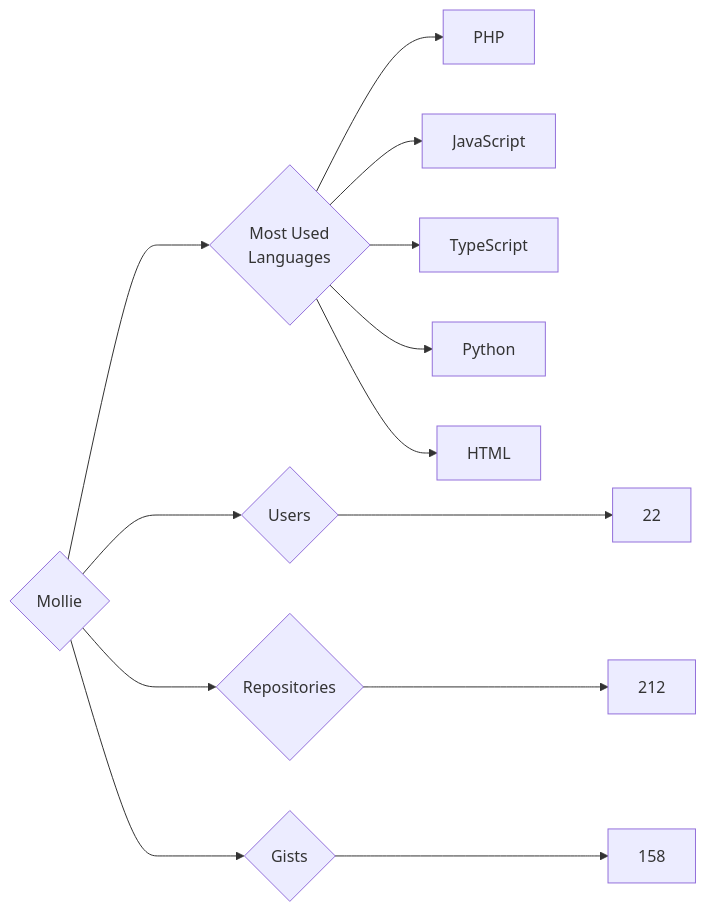
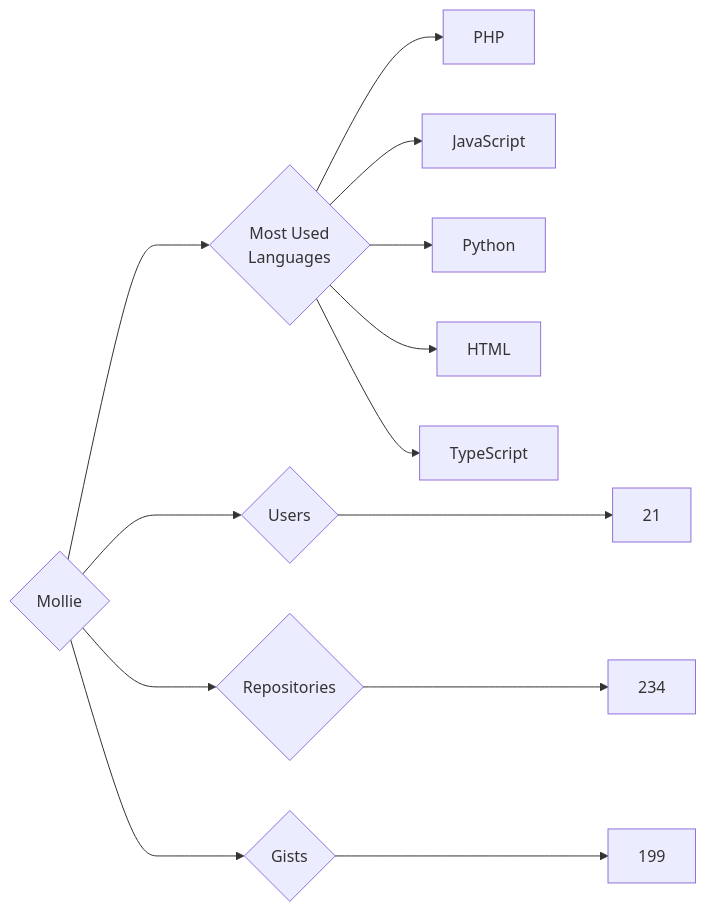
The diagram in targets/Mollie/README.md (trickest/insiders), drawn with Mermaid before and after one commit. The commit also changed 973 other files, not shown here.

````diff
--- a/targets/Mollie/README.md
+++ b/targets/Mollie/README.md
@@ -3,13 +3,13 @@
 ```mermaid
 graph LR
 COMPANY_NAME{Mollie}
-COMPANY_NAME ---> U{Users} ---> UN[22]
-COMPANY_NAME ---> R{Repositories} ---> RN[212]
-COMPANY_NAME ---> G{Gists} ---> GN[158]
+COMPANY_NAME ---> U{Users} ---> UN[21]
+COMPANY_NAME ---> R{Repositories} ---> RN[234]
+COMPANY_NAME ---> G{Gists} ---> GN[199]
 COMPANY_NAME ---> ML{Most Used<br>Languages}
 ML --> PHP[PHP]
 ML --> JavaScript[JavaScript]
-ML --> TypeScript[TypeScript]
 ML --> Python[Python]
 ML --> HTML[HTML]
+ML --> TypeScript[TypeScript]
 ```
````
